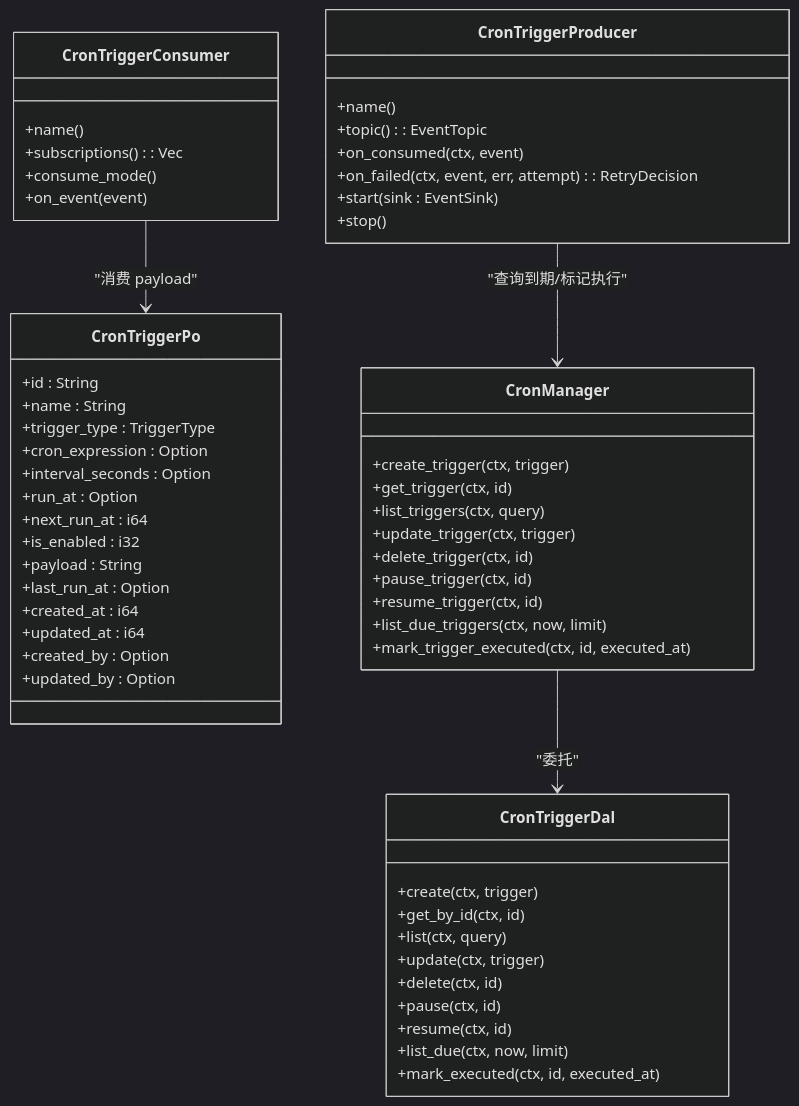
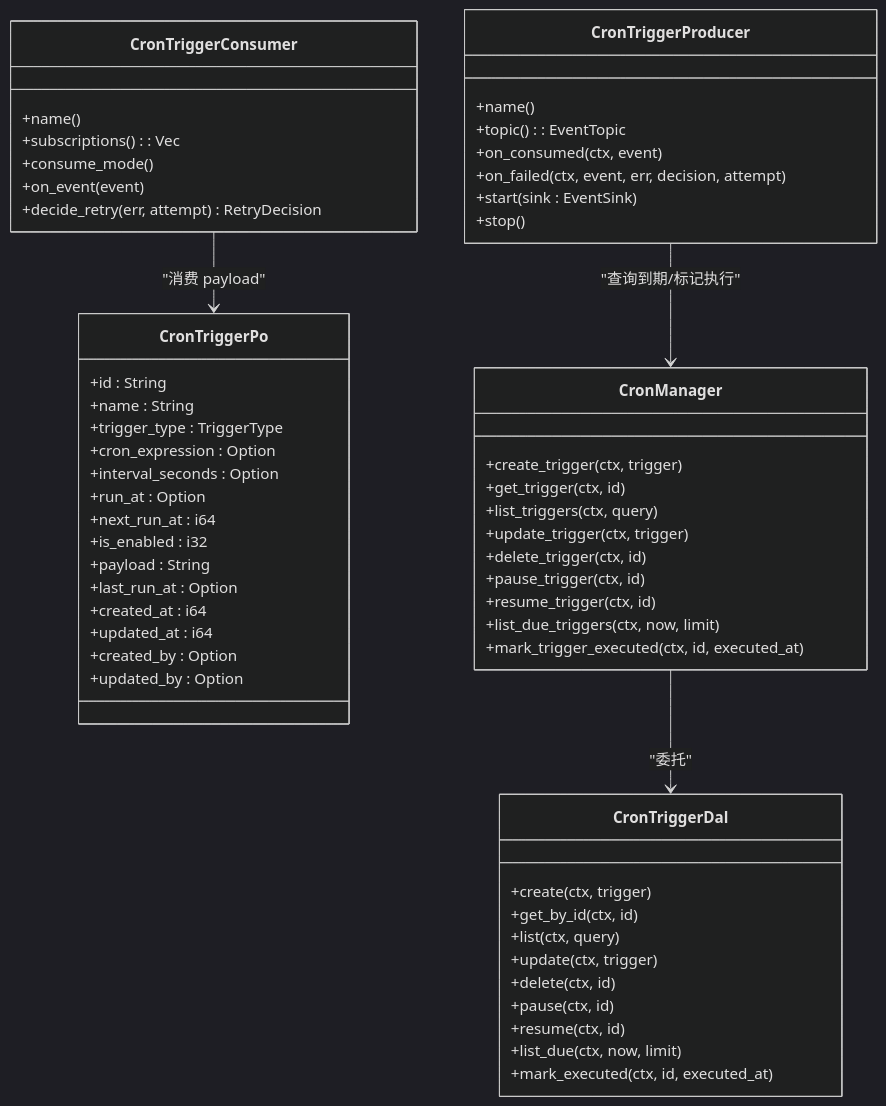
One commit to runningcoders/ai_orz changed the fourth of 4 diagrams in docs/wiki/zh/content/项目概述/核心功能特性/系统管理功能/定时任务管理.md. Above: the diagram before and after it, drawn with Mermaid (dark theme). The commit also changed other lines of this file and 28 other files, not shown here.

````diff
--- a/docs/wiki/zh/content/项目概述/核心功能特性/系统管理功能/定时任务管理.md
+++ b/docs/wiki/zh/content/项目概述/核心功能特性/系统管理功能/定时任务管理.md
@@ -251,58 +251,59 @@
 ```mermaid
 classDiagram
 class CronTriggerPo {
 +id : String
 +name : String
 +trigger_type : TriggerType
 +cron_expression : Option<String>
 +interval_seconds : Option<i64>
 +run_at : Option<i64>
 +next_run_at : i64
 +is_enabled : i32
 +payload : String
 +last_run_at : Option<i64>
 +created_at : i64
 +updated_at : i64
 +created_by : Option<String>
 +updated_by : Option<String>
 }
 class CronTriggerDal {
 +create(ctx, trigger)
 +get_by_id(ctx, id)
 +list(ctx, query)
 +update(ctx, trigger)
 +delete(ctx, id)
 +pause(ctx, id)
 +resume(ctx, id)
 +list_due(ctx, now, limit)
 +mark_executed(ctx, id, executed_at)
 }
 class CronManager {
 +create_trigger(ctx, trigger)
 +get_trigger(ctx, id)
 +list_triggers(ctx, query)
 +update_trigger(ctx, trigger)
 +delete_trigger(ctx, id)
 +pause_trigger(ctx, id)
 +resume_trigger(ctx, id)
 +list_due_triggers(ctx, now, limit)
 +mark_trigger_executed(ctx, id, executed_at)
 }
 class CronTriggerProducer {
 +name()
 +topic() : EventTopic
 +on_consumed(ctx, event)
-+on_failed(ctx, event, err, attempt) : RetryDecision
++on_failed(ctx, event, err, decision, attempt)
 +start(sink : EventSink)
 +stop()
 }
 class CronTriggerConsumer {
 +name()
 +subscriptions() : Vec<Subscription>
 +consume_mode()
 +on_event(event)
++decide_retry(err, attempt) RetryDecision
 }
 CronManager --> CronTriggerDal : "委托"
 CronTriggerProducer --> CronManager : "查询到期/标记执行"
 CronTriggerConsumer --> CronTriggerPo : "消费 payload"
 ```
````
